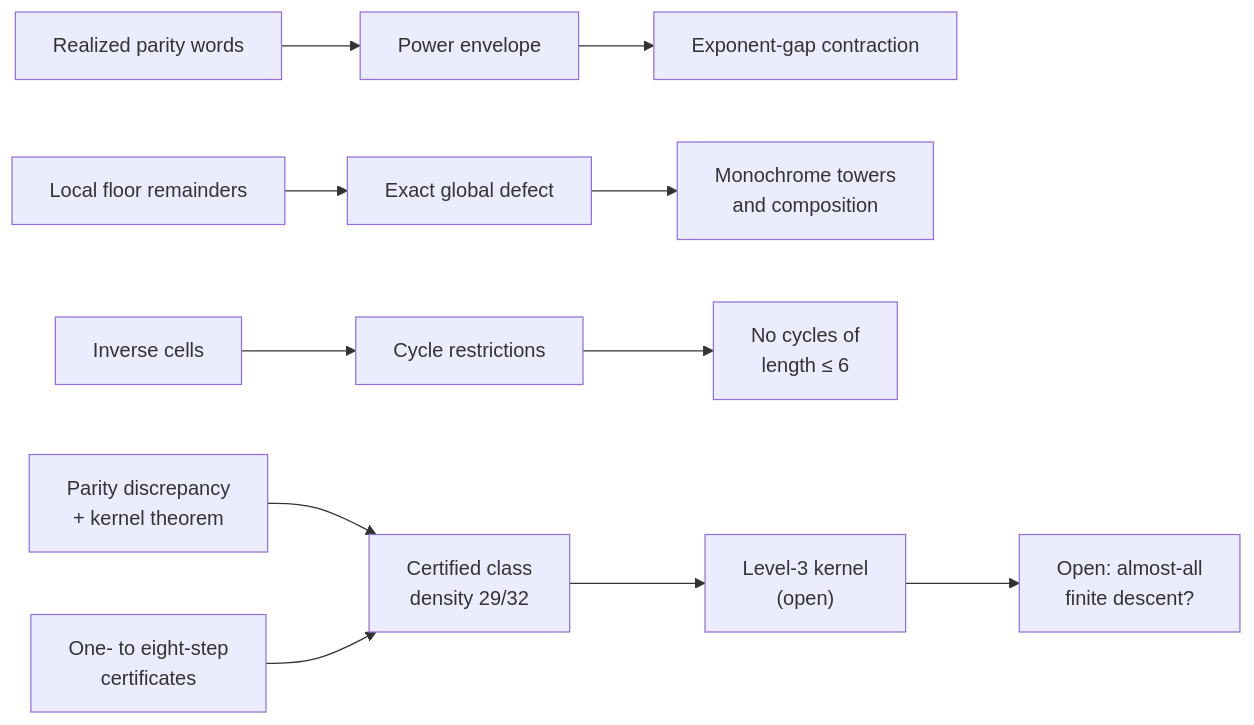
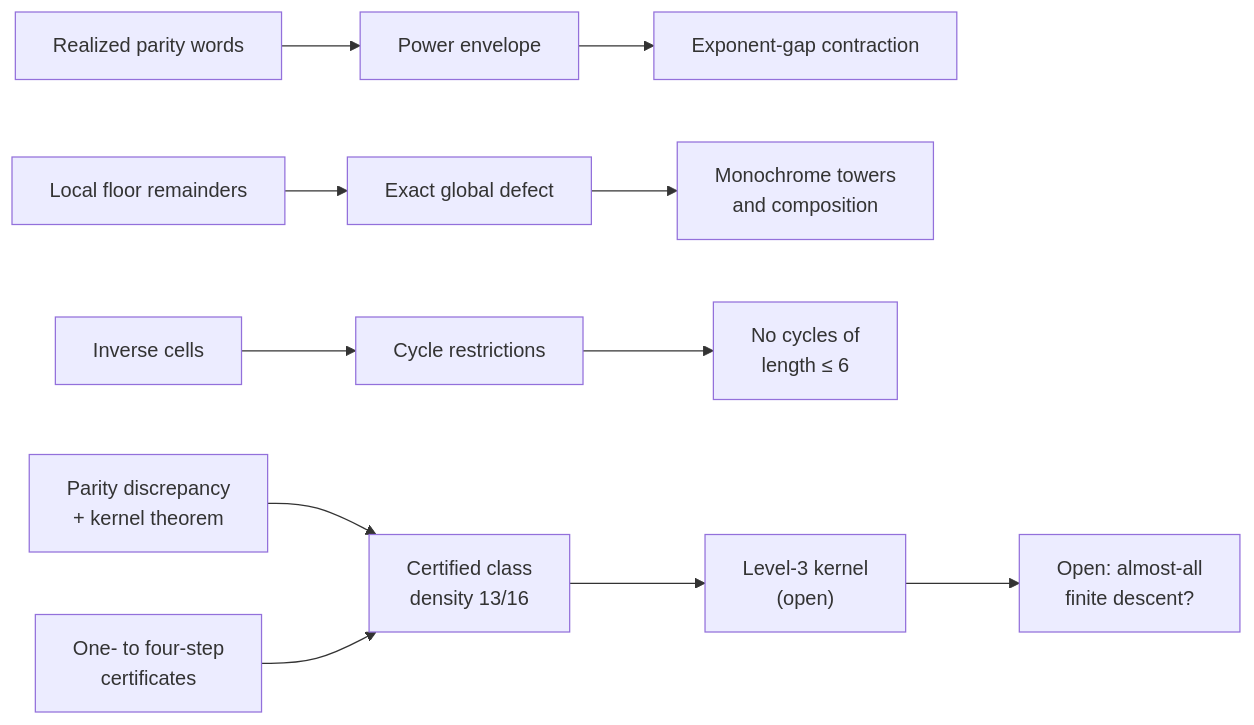
One commit to sneakyweasel/balanced_ternary changed the diagram in docs/theory/figures/juggler_frontier.mmd. Above: the diagram before and after it, drawn with Mermaid. The commit also changed 16 other files, not shown here.

```diff
--- a/docs/theory/figures/juggler_frontier.mmd
+++ b/docs/theory/figures/juggler_frontier.mmd
@@ -1,7 +1,7 @@
 flowchart LR
     Words["Realized parity words"] --> Envelope["Power envelope"] --> Contract["Exponent-gap contraction"]
     Remainders["Local floor remainders"] --> Defect["Exact global defect"] --> Towers["Monochrome towers<br/>and composition"]
     Cells["Inverse cells"] --> Cycles["Cycle restrictions"] --> Excluded["No cycles of<br/>length &le; 6"]
-    Discrepancy["Parity discrepancy<br/>+ kernel theorem"] --> Density["Certified class<br/>density 29/32"]
-    Certificates["One- to eight-step<br/>certificates"] --> Density
+    Discrepancy["Parity discrepancy<br/>+ kernel theorem"] --> Density["Certified class<br/>density 13/16"]
+    Certificates["One- to four-step<br/>certificates"] --> Density
     Density --> Kernel["Level-3 kernel<br/>(open)"] --> Open["Open: almost-all<br/>finite descent?"]
```
